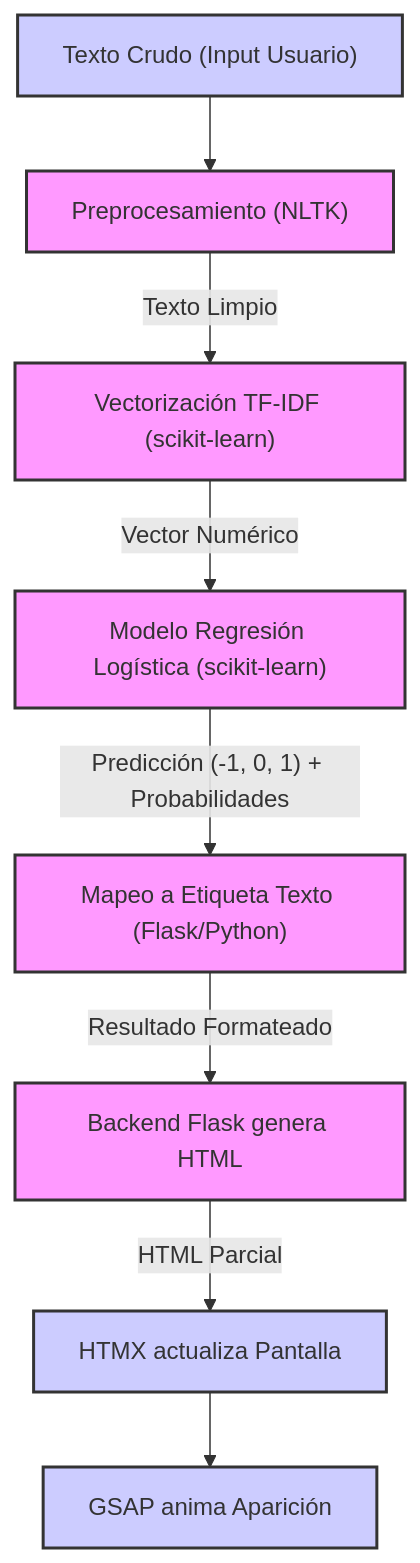
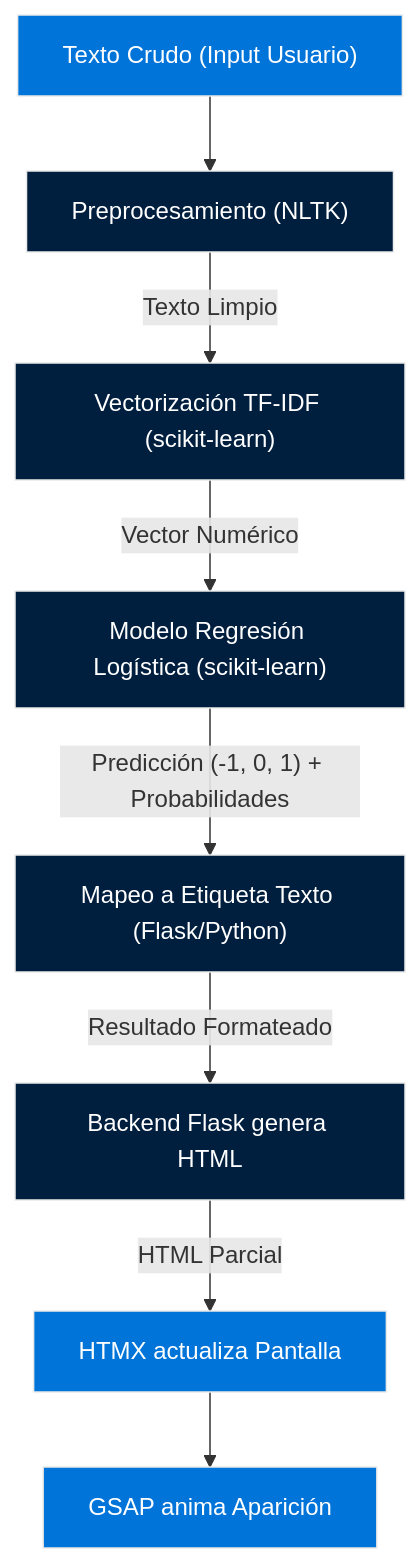
The diagram in README.md (Roska-x/Sentiment-Analyzer-Machine), drawn with Mermaid before and after one commit.

````diff
--- a/README.md
+++ b/README.md
@@ -55,15 +55,24 @@
 ```mermaid
 graph TD
     A["Texto Crudo (Input Usuario)"] --> B["Preprocesamiento (NLTK)"];
     B -- "Texto Limpio" --> C["Vectorización TF-IDF (scikit-learn)"];
     C -- "Vector Numérico" --> D["Modelo Regresión Logística (scikit-learn)"];
     D -- "Predicción (-1, 0, 1) + Probabilidades" --> E["Mapeo a Etiqueta Texto (Flask/Python)"];
     E -- "Resultado Formateado" --> F["Backend Flask genera HTML"];
     F -- "HTML Parcial" --> G["HTMX actualiza Pantalla"];
     G --> H["GSAP anima Aparición"];
 
-    classDef grey fill:#f9f,stroke:#333,stroke-width:2px;
-    classDef primary fill:#ccf,stroke:#333,stroke-width:2px;
+    %% --- Estilos Mejorados para Contraste en Tema Oscuro ---
+
+    %% Clase para nodos principales/de proceso (azul marino oscuro)
+    classDef grey fill:#001f3f,stroke:#EAEAEA,color:#FFFFFF;
+    %% Nodos de esta clase: B (Preprocesamiento), C (Vectorización), D (Modelo), E (Mapeo), F (Backend Flask)
+
+    %% Clase para nodos de entrada/salida/UI (azul medio o un gris claro)
+    classDef primary fill:#0074D9,stroke:#EAEAEA,color:#FFFFFF;
+    %% Nodos de esta clase: A (Input Usuario), G (HTMX Actualiza), H (GSAP Anima)
+
+    %% Aplicar las clases a los nodos específicos
     class A,G,H primary;
     class B,C,D,E,F grey;
 ```
````
